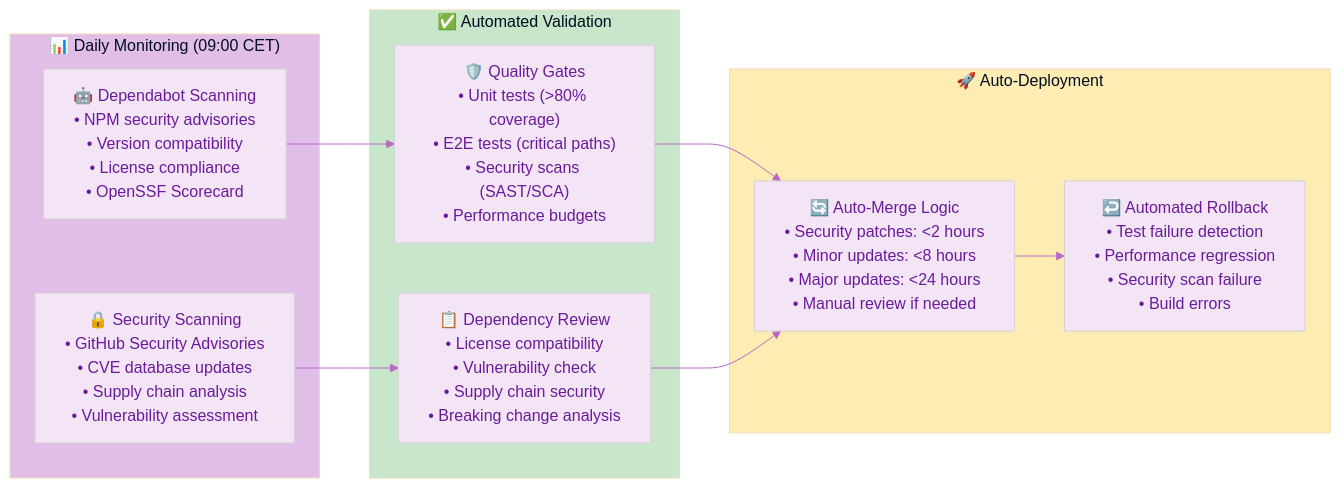
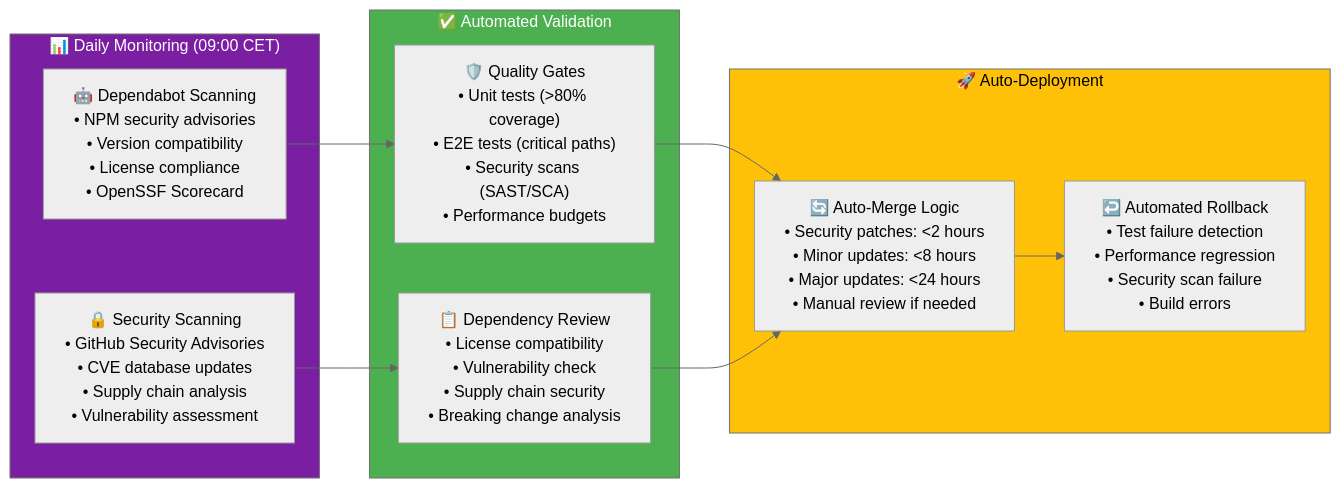
The fifth of 9 diagrams in docs/End-of-Life-Strategy.md (step-security-bot/cia-compliance-manager), drawn with Mermaid before and after one commit. The commit also changed other lines of this file and 27 other files, not shown here.

First line of the commit message:
fix: resolve broken mermaid diagrams and improve color coding to match ISMS style guide (#1106)

````diff
--- a/docs/End-of-Life-Strategy.md
+++ b/docs/End-of-Life-Strategy.md
@@ -470,39 +448,28 @@
 ```mermaid
-%%{
-  init: {
-    'theme': 'base',
-    'themeVariables': {
-      'primaryColor': '#f3e5f5',
-      'primaryTextColor': '#6a1b9a',
-      'lineColor': '#ba68c8',
-      'secondaryColor': '#e8f5e9',
-      'tertiaryColor': '#fff3e0'
-    }
-  }
-}%%
+%%{init: {"theme": "neutral"}}%%
 flowchart LR
     subgraph MONITORING["📊 Daily Monitoring (09:00 CET)"]
         DEPENDABOT["🤖 Dependabot Scanning<br/>• NPM security advisories<br/>• Version compatibility<br/>• License compliance<br/>• OpenSSF Scorecard"]
         SECURITY_SCAN["🔒 Security Scanning<br/>• GitHub Security Advisories<br/>• CVE database updates<br/>• Supply chain analysis<br/>• Vulnerability assessment"]
     end
 
     subgraph VALIDATION["✅ Automated Validation"]
         QUALITY_GATES["🛡️ Quality Gates<br/>• Unit tests (>80% coverage)<br/>• E2E tests (critical paths)<br/>• Security scans (SAST/SCA)<br/>• Performance budgets"]
         REVIEW_ACTION["📋 Dependency Review<br/>• License compatibility<br/>• Vulnerability check<br/>• Supply chain security<br/>• Breaking change analysis"]
     end
 
     subgraph DEPLOYMENT["🚀 Auto-Deployment"]
         AUTO_MERGE["🔄 Auto-Merge Logic<br/>• Security patches: <2 hours<br/>• Minor updates: <8 hours<br/>• Major updates: <24 hours<br/>• Manual review if needed"]
         ROLLBACK["↩️ Automated Rollback<br/>• Test failure detection<br/>• Performance regression<br/>• Security scan failure<br/>• Build errors"]
     end
 
     DEPENDABOT --> QUALITY_GATES
     SECURITY_SCAN --> REVIEW_ACTION
     QUALITY_GATES --> AUTO_MERGE
     REVIEW_ACTION --> AUTO_MERGE
     AUTO_MERGE --> ROLLBACK
 
-    style MONITORING fill:#e1bee7
-    style VALIDATION fill:#c8e6c9
-    style DEPLOYMENT fill:#ffecb3
+    style MONITORING fill:#7B1FA2,color:#FFFFFF
+    style VALIDATION fill:#4CAF50,color:#FFFFFF
+    style DEPLOYMENT fill:#FFC107,color:#000000
 ```
````
